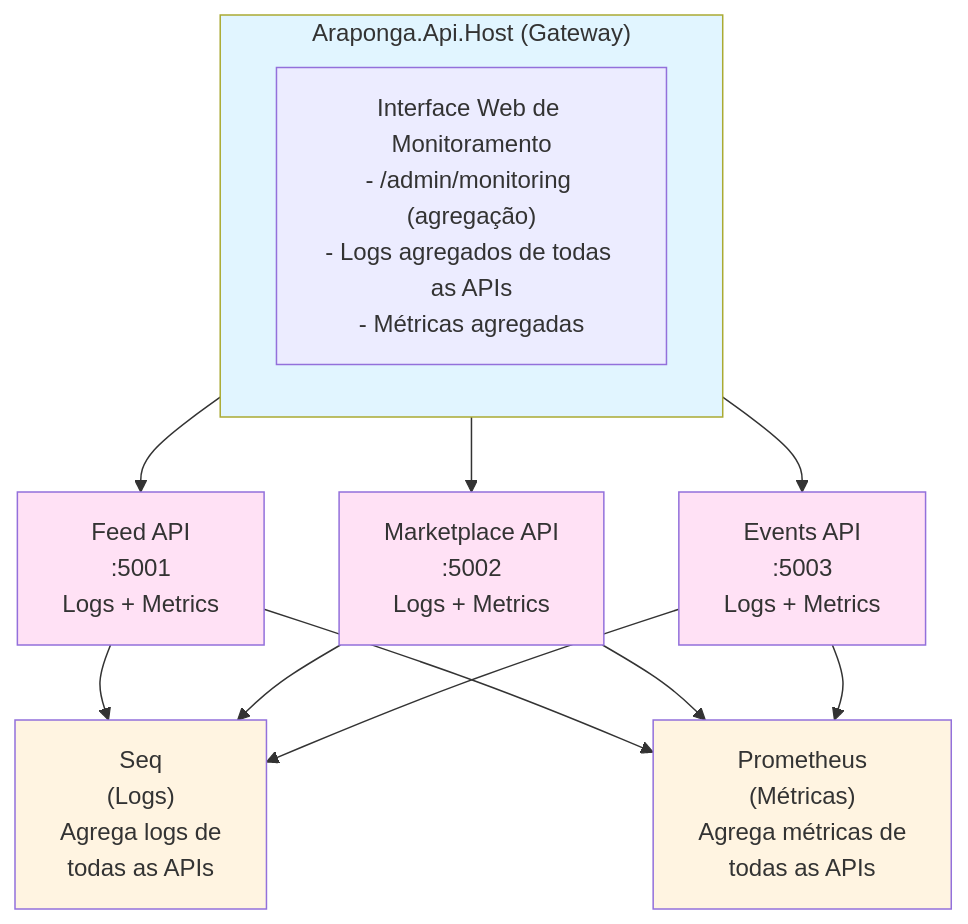
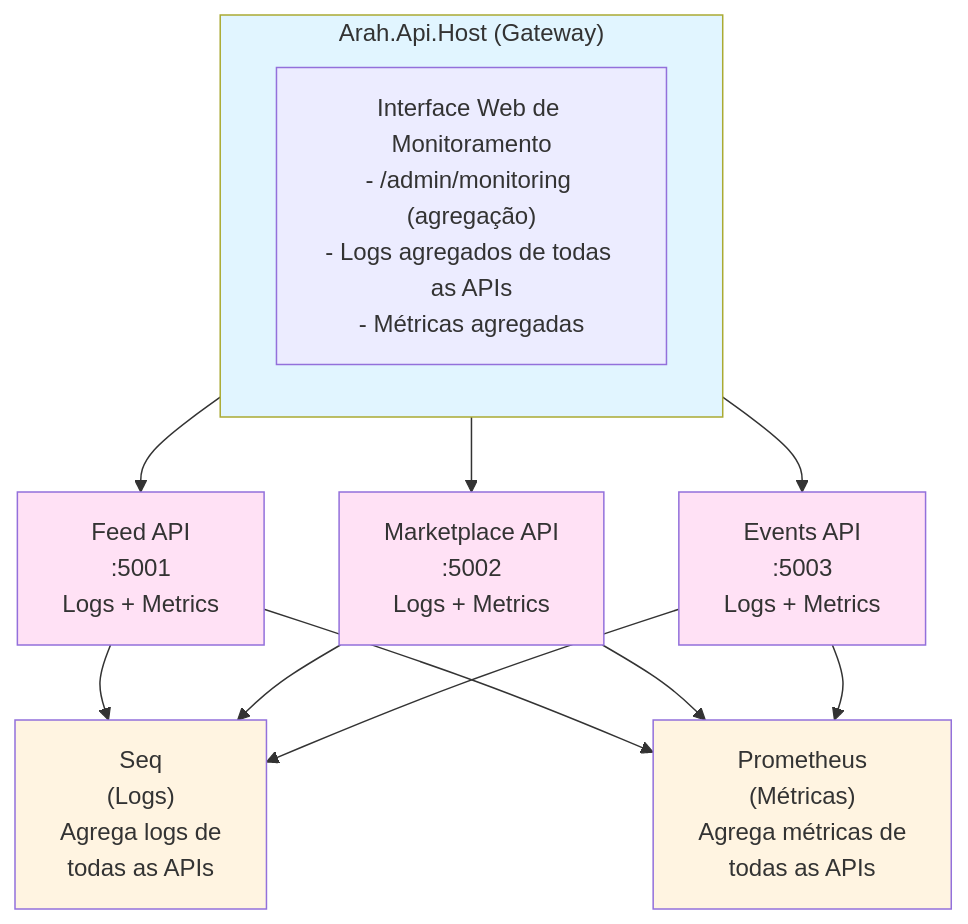
One commit to sraphaz/araponga changed the second of 4 diagrams in docs/LOGS_MONITORAMENTO_ARQUITETURA.md. Above: the diagram before and after it, drawn with Mermaid. The commit also changed other lines of this file and 3488 other files, not shown here.

First line of the commit message:
chore: rebrand Araponga para Arah

````diff
--- a/docs/LOGS_MONITORAMENTO_ARQUITETURA.md
+++ b/docs/LOGS_MONITORAMENTO_ARQUITETURA.md
@@ -56,25 +56,25 @@
 ```mermaid
 graph TB
-    subgraph Gateway["Araponga.Api.Host (Gateway)"]
+    subgraph Gateway["Arah.Api.Host (Gateway)"]
         WebInterface2["Interface Web de Monitoramento<br/>- /admin/monitoring (agregação)<br/>- Logs agregados de todas as APIs<br/>- Métricas agregadas"]
     end
     
     Gateway --> FeedAPI["Feed API<br/>:5001<br/>Logs + Metrics"]
     Gateway --> MarketplaceAPI["Marketplace API<br/>:5002<br/>Logs + Metrics"]
     Gateway --> EventsAPI["Events API<br/>:5003<br/>Logs + Metrics"]
     
     FeedAPI --> Seq2["Seq<br/>(Logs)<br/>Agrega logs de<br/>todas as APIs"]
     MarketplaceAPI --> Seq2
     EventsAPI --> Seq2
     
     FeedAPI --> Prometheus2["Prometheus<br/>(Métricas)<br/>Agrega métricas de<br/>todas as APIs"]
     MarketplaceAPI --> Prometheus2
     EventsAPI --> Prometheus2
     
     style Gateway fill:#e1f5ff
     style FeedAPI fill:#ffe1f5
     style MarketplaceAPI fill:#ffe1f5
     style EventsAPI fill:#ffe1f5
     style Seq2 fill:#fff4e1
     style Prometheus2 fill:#fff4e1
 ```
````
